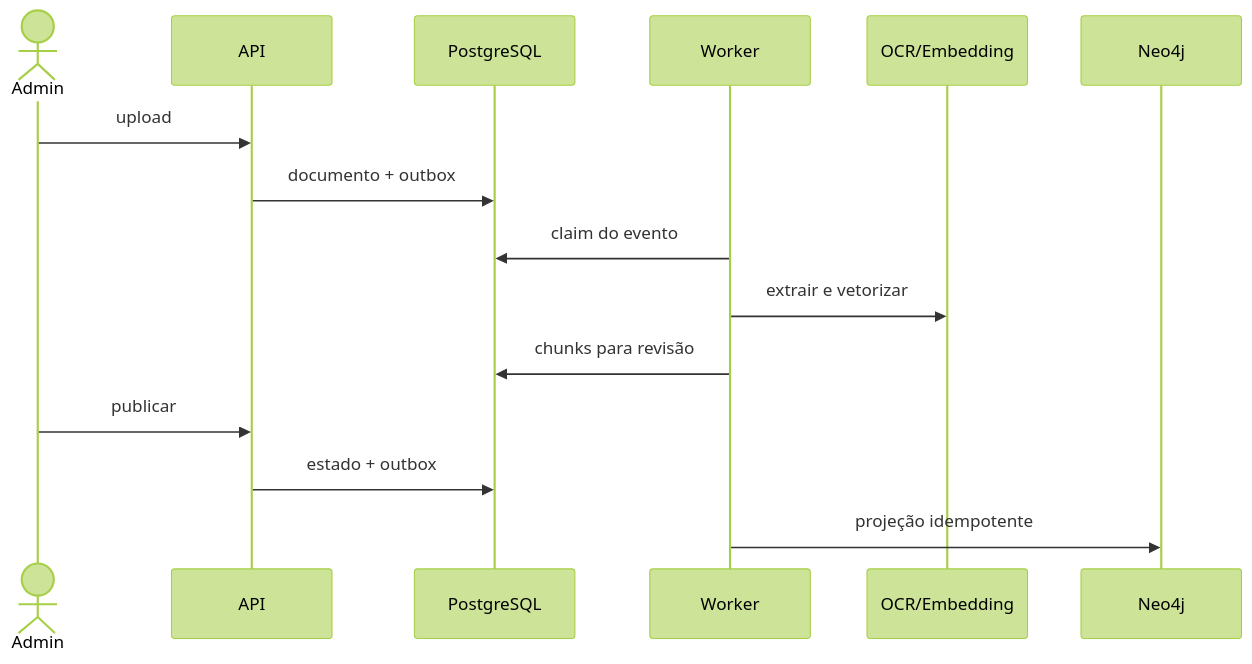
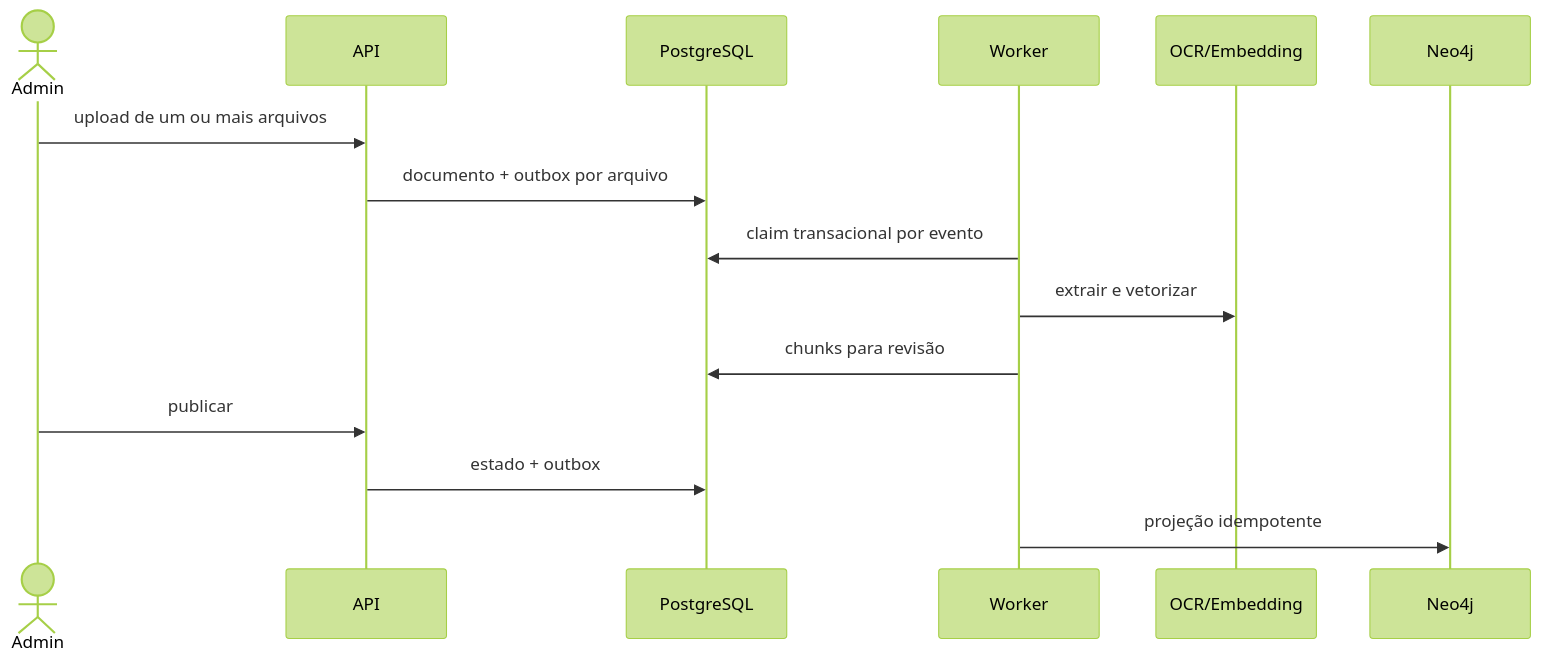
The diagram in docs/architecture/knowledge-flow.md (gabriel-roque/alyvo), drawn with Mermaid (forest theme) before and after one commit. The commit also changed other lines of this file and 17 other files, not shown here.

````diff
--- a/docs/architecture/knowledge-flow.md
+++ b/docs/architecture/knowledge-flow.md
@@ -3,17 +3,17 @@
 ```mermaid
 sequenceDiagram
   actor A as Admin
   participant API
   participant DB as PostgreSQL
   participant W as Worker
   participant O as OCR/Embedding
   participant N as Neo4j
-  A->>API: upload
-  API->>DB: documento + outbox
-  W->>DB: claim do evento
+  A->>API: upload de um ou mais arquivos
+  API->>DB: documento + outbox por arquivo
+  W->>DB: claim transacional por evento
   W->>O: extrair e vetorizar
   W->>DB: chunks para revisão
   A->>API: publicar
   API->>DB: estado + outbox
   W->>N: projeção idempotente
 ```
````
